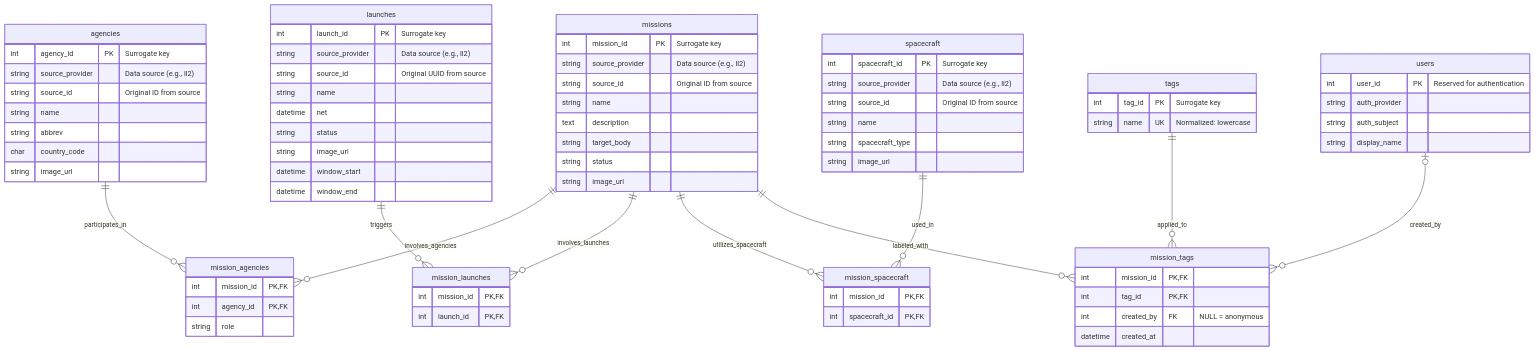
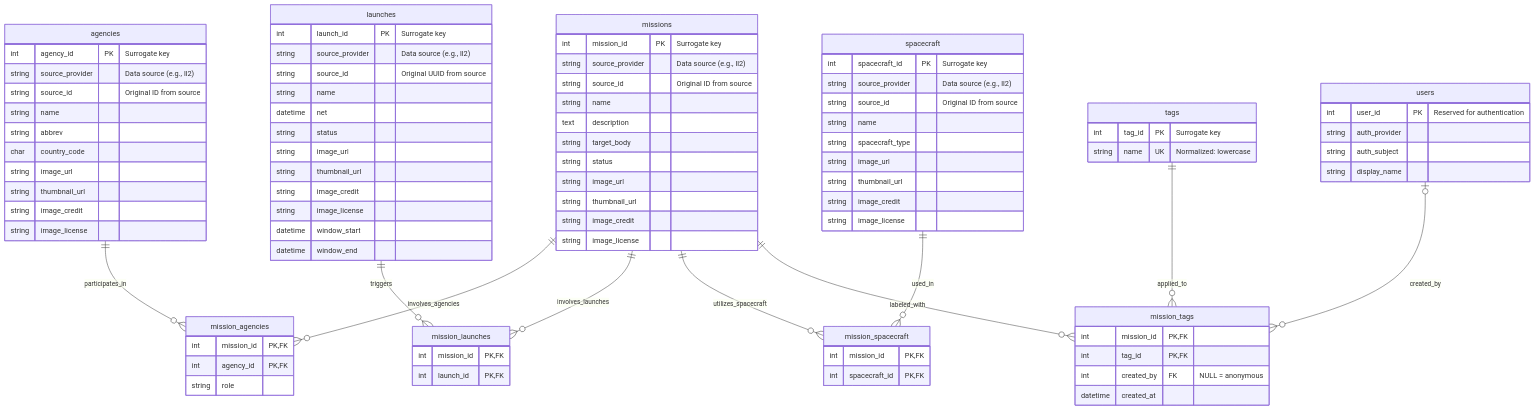
One commit to CRKL-SDSU/CRKL changed the diagram in specs/db/diagram.mmd. Above: the diagram before and after it, drawn with Mermaid. The commit also changed 17 other files, not shown here.

```diff
--- a/specs/db/diagram.mmd
+++ b/specs/db/diagram.mmd
@@ -1,88 +1,100 @@
 erDiagram
     agencies ||--o{ mission_agencies : "participates_in"
     missions ||--o{ mission_agencies : "involves_agencies"
     launches ||--o{ mission_launches : "triggers"
     missions ||--o{ mission_launches : "involves_launches"
     spacecraft ||--o{ mission_spacecraft : "used_in"
     missions ||--o{ mission_spacecraft : "utilizes_spacecraft"
     missions ||--o{ mission_tags : "labeled_with"
     tags ||--o{ mission_tags : "applied_to"
     users |o--o{ mission_tags : "created_by"
 
     agencies {
         int agency_id PK "Surrogate key"
         string source_provider "Data source (e.g., ll2)"
         string source_id "Original ID from source"
         string name
         string abbrev
         char country_code
         string image_url
+        string thumbnail_url
+        string image_credit
+        string image_license
     }
 
     launches {
         int launch_id PK "Surrogate key"
         string source_provider "Data source (e.g., ll2)"
         string source_id "Original UUID from source"
         string name
         datetime net
         string status
         string image_url
+        string thumbnail_url
+        string image_credit
+        string image_license
         datetime window_start
         datetime window_end
     }
 
     spacecraft {
         int spacecraft_id PK "Surrogate key"
         string source_provider "Data source (e.g., ll2)"
         string source_id "Original ID from source"
         string name
         string spacecraft_type
         string image_url
+        string thumbnail_url
+        string image_credit
+        string image_license
     }
 
     missions {
         int mission_id PK "Surrogate key"
         string source_provider "Data source (e.g., ll2)"
         string source_id "Original ID from source"
         string name
         text description
         string target_body
         string status
         string image_url
+        string thumbnail_url
+        string image_credit
+        string image_license
     }
 
     mission_agencies {
         int mission_id PK, FK
         int agency_id PK, FK
         string role
     }
 
     mission_launches {
         int mission_id PK, FK
         int launch_id PK, FK
     }
 
     mission_spacecraft {
         int mission_id PK, FK
         int spacecraft_id PK, FK
     }
     
 
     tags {
         int tag_id PK "Surrogate key"
         string name UK "Normalized: lowercase"
     }
 
     mission_tags {
         int mission_id PK, FK
         int tag_id PK, FK
         int created_by FK "NULL = anonymous"
         datetime created_at
     }
 
     users {
         int user_id PK "Reserved for authentication"
         string auth_provider
         string auth_subject
         string display_name
     }
```
